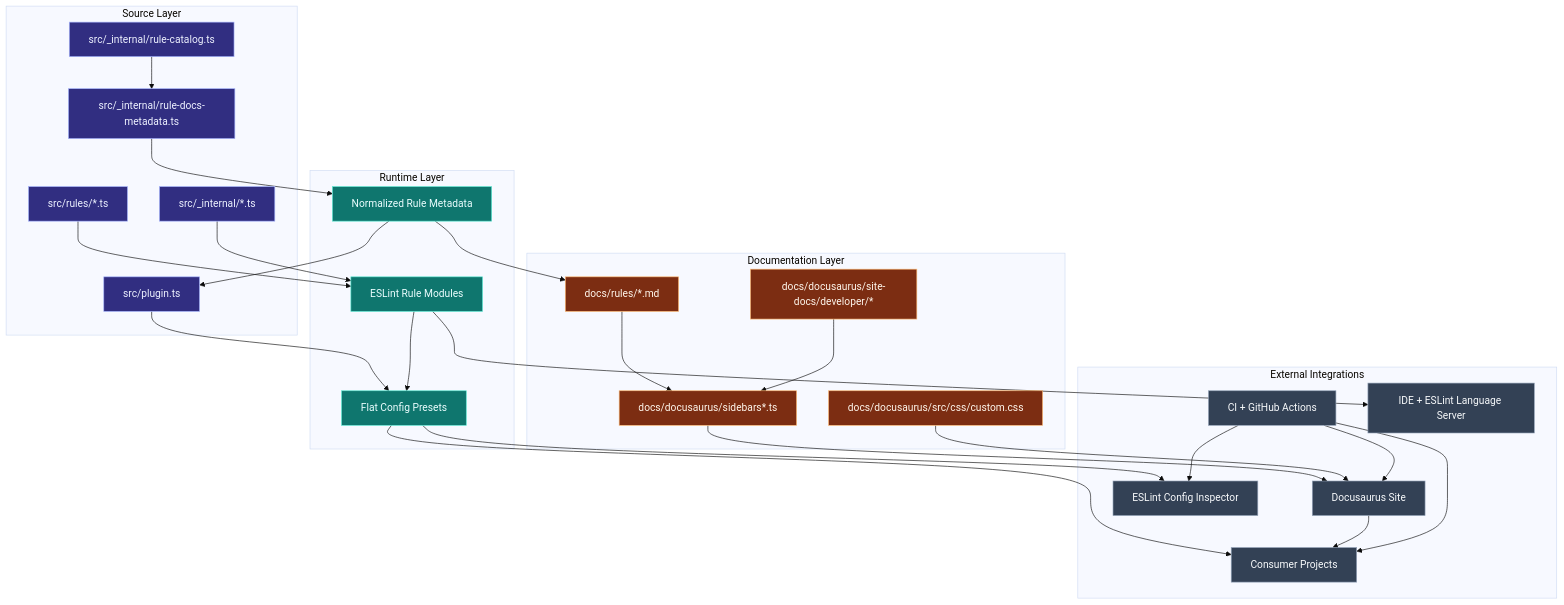
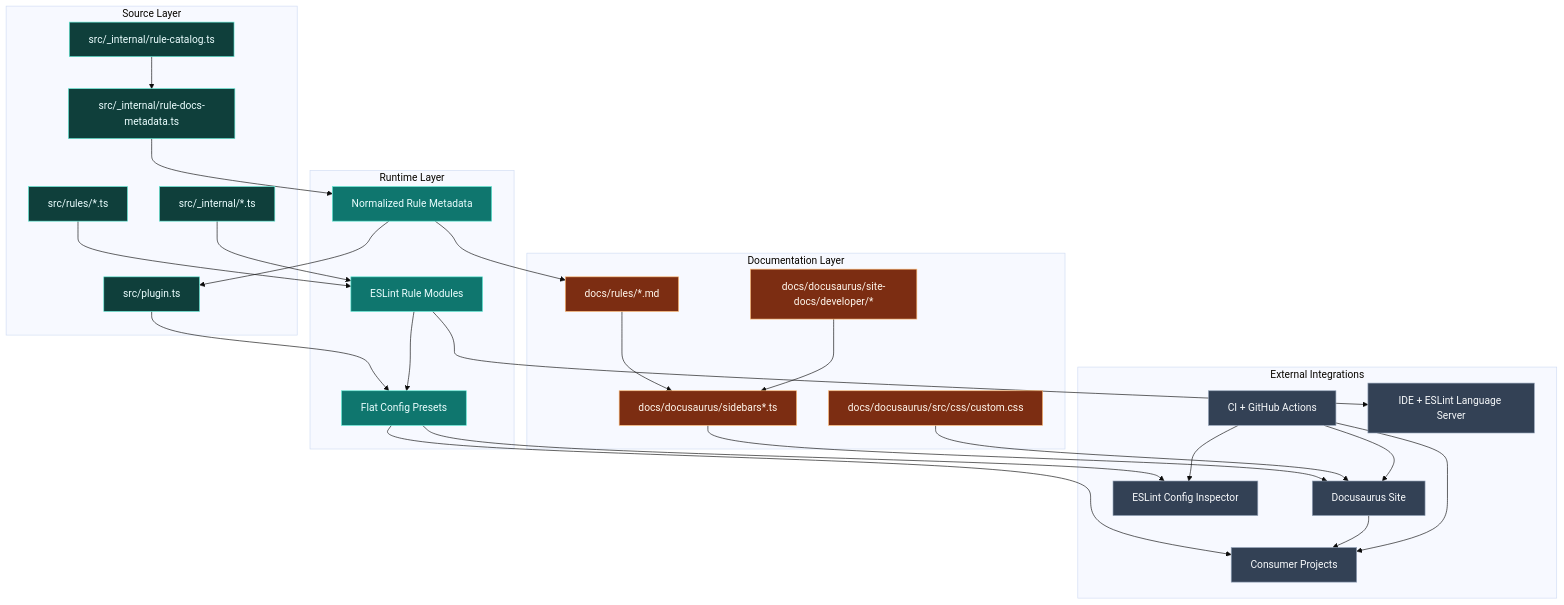
Before and after one commit to Nick2bad4u/eslint-plugin-runtime-cleanup: the diagram in docs/docusaurus/site-docs/developer/charts/system-architecture-overview.md, drawn with Mermaid (base theme). The commit also changed 46 other files, not shown here.

````diff
--- a/docs/docusaurus/site-docs/developer/charts/system-architecture-overview.md
+++ b/docs/docusaurus/site-docs/developer/charts/system-architecture-overview.md
@@ -11,63 +11,63 @@
 ```mermaid
 flowchart TB
-    classDef source fill:#312e81,stroke:#a5b4fc,color:#eef2ff,stroke-width:1px
+    classDef source fill:#0f3f3b,stroke:#5eead4,color:#ecfeff,stroke-width:1px
     classDef runtime fill:#0f766e,stroke:#5eead4,color:#ecfeff,stroke-width:1px
     classDef docs fill:#7c2d12,stroke:#fdba74,color:#fff7ed,stroke-width:1px
     classDef ext fill:#334155,stroke:#94a3b8,color:#f8fafc,stroke-width:1px
 
     subgraph S[Source Layer]
       R[src/rules/*.ts]
       I[src/_internal/*.ts]
       P[src/plugin.ts]
       C[src/_internal/rule-catalog.ts]
       M[src/_internal/rule-docs-metadata.ts]
     end
 
     subgraph RT[Runtime Layer]
       ER[ESLint Rule Modules]
       PC[Flat Config Presets]
       MD[Normalized Rule Metadata]
     end
 
     subgraph D[Documentation Layer]
       RD[docs/rules/*.md]
       DD[docs/docusaurus/site-docs/developer/*]
       SB[docs/docusaurus/sidebars*.ts]
       CSS[docs/docusaurus/src/css/custom.css]
     end
 
     subgraph E[External Integrations]
       CONS[Consumer Projects]
       CI[CI + GitHub Actions]
       SITE[Docusaurus Site]
       IDE[IDE + ESLint Language Server]
       INSP[ESLint Config Inspector]
     end
 
     R --> ER
     I --> ER
     C --> M
     M --> MD
     P --> PC
     ER --> PC
     MD --> P
 
     RD --> SB
     DD --> SB
     SB --> SITE
     CSS --> SITE
     MD --> RD
 
     PC --> CONS
     ER --> IDE
     SITE --> CONS
     PC --> INSP
     CI --> SITE
     CI --> INSP
     CI --> CONS
 
     class R,I,P,C,M source
     class ER,PC,MD runtime
     class RD,DD,SB,CSS docs
     class CONS,CI,SITE,IDE,INSP ext
 ```
````
